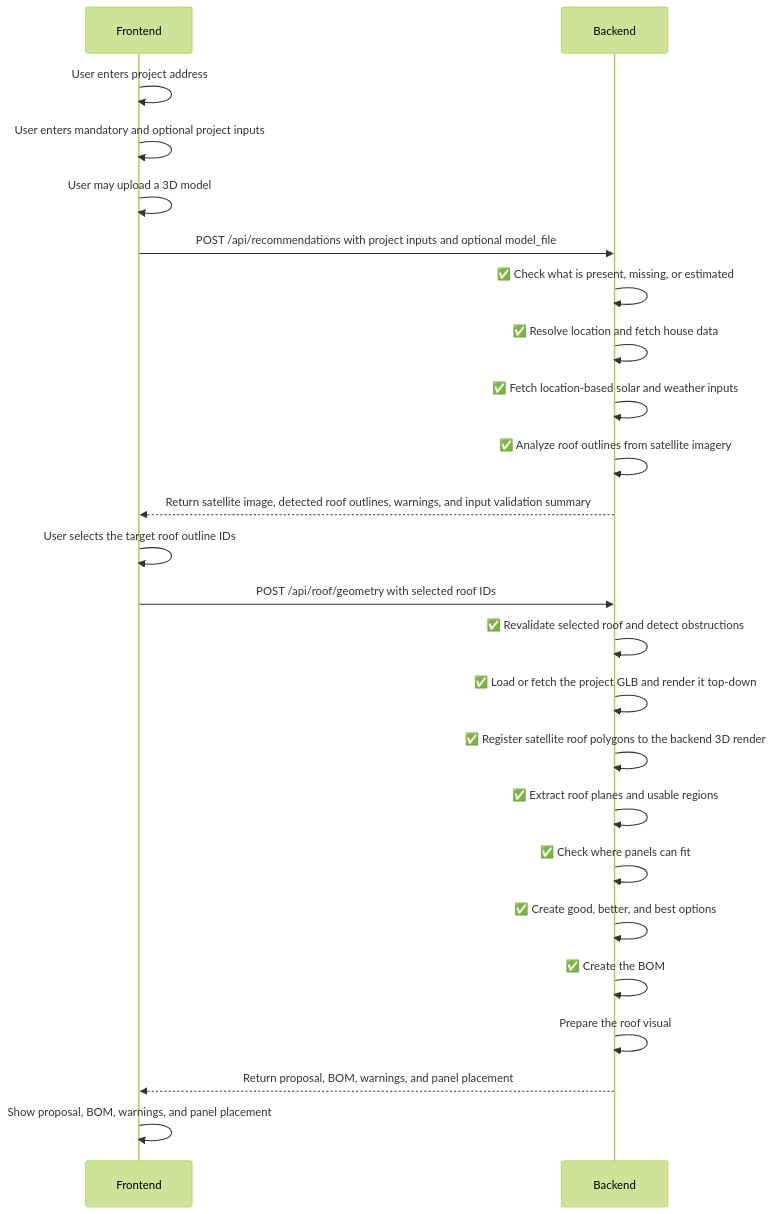
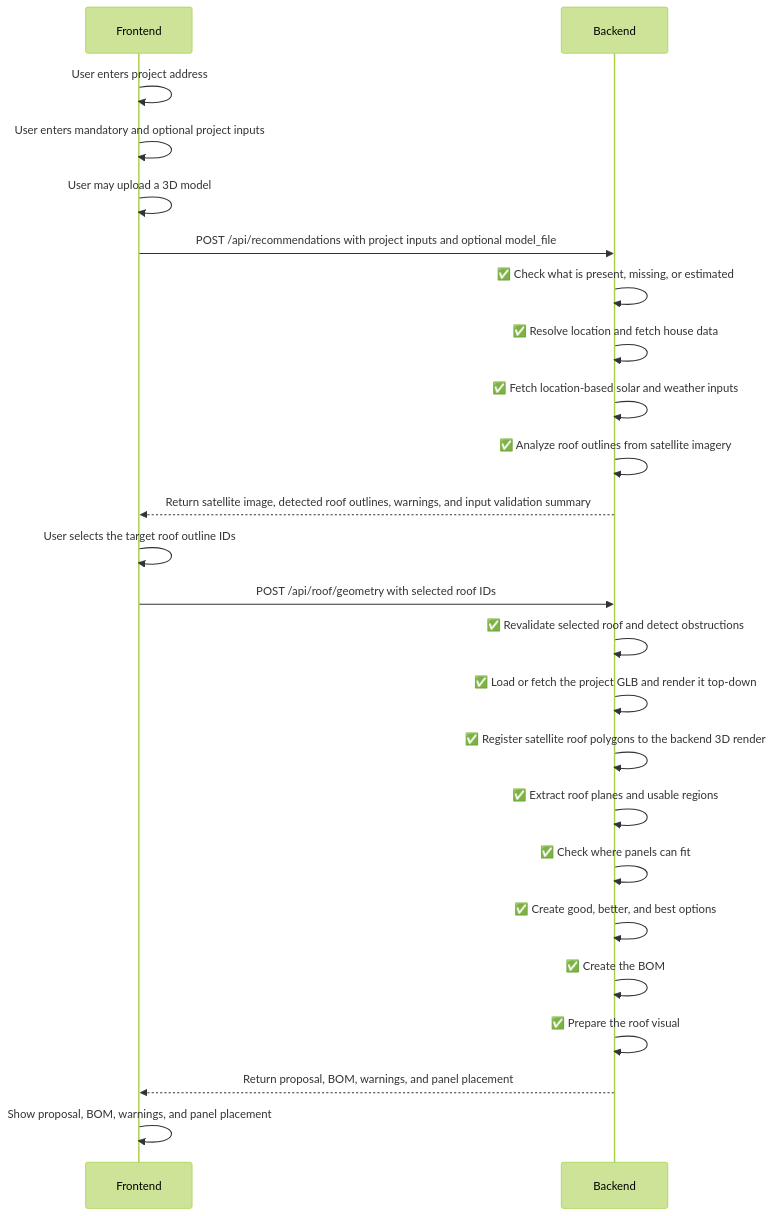
The diagram in backend/README.md (robinwettstaedt/roofee), drawn with Mermaid (forest theme) before and after one commit. The commit also changed other lines of this file and 12 other files, not shown here.

````diff
--- a/backend/README.md
+++ b/backend/README.md
@@ -12,27 +12,27 @@
 ```mermaid
 sequenceDiagram
     participant Frontend
     participant Backend
 
     Frontend->>Frontend: User enters project address
     Frontend->>Frontend: User enters mandatory and optional project inputs
     Frontend->>Frontend: User may upload a 3D model
     Frontend->>Backend: POST /api/recommendations with project inputs and optional model_file
     Backend->>Backend: ✅ Check what is present, missing, or estimated
     Backend->>Backend: ✅ Resolve location and fetch house data
     Backend->>Backend: ✅ Fetch location-based solar and weather inputs
     Backend->>Backend: ✅ Analyze roof outlines from satellite imagery
     Backend-->>Frontend: Return satellite image, detected roof outlines, warnings, and input validation summary
     Frontend->>Frontend: User selects the target roof outline IDs
     Frontend->>Backend: POST /api/roof/geometry with selected roof IDs
     Backend->>Backend: ✅ Revalidate selected roof and detect obstructions
     Backend->>Backend: ✅ Load or fetch the project GLB and render it top-down
     Backend->>Backend: ✅ Register satellite roof polygons to the backend 3D render
     Backend->>Backend: ✅ Extract roof planes and usable regions
     Backend->>Backend: ✅ Check where panels can fit
     Backend->>Backend: ✅ Create good, better, and best options
     Backend->>Backend: ✅ Create the BOM
-    Backend->>Backend: Prepare the roof visual
+    Backend->>Backend: ✅ Prepare the roof visual
     Backend-->>Frontend: Return proposal, BOM, warnings, and panel placement
     Frontend->>Frontend: Show proposal, BOM, warnings, and panel placement
 ```
````
